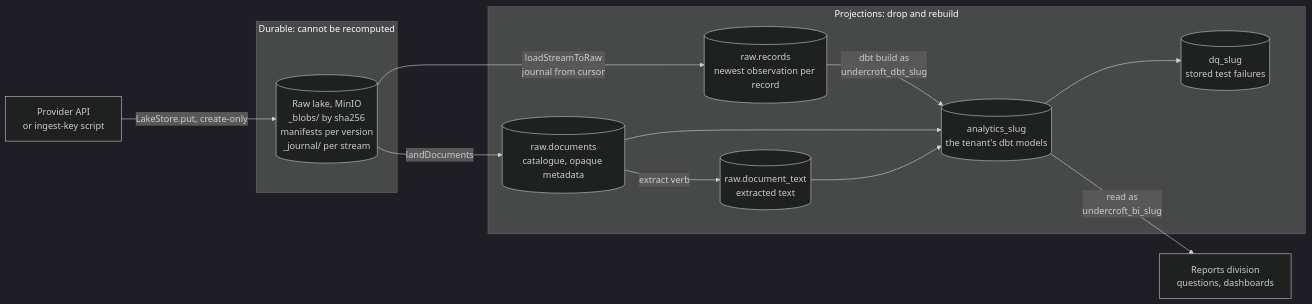
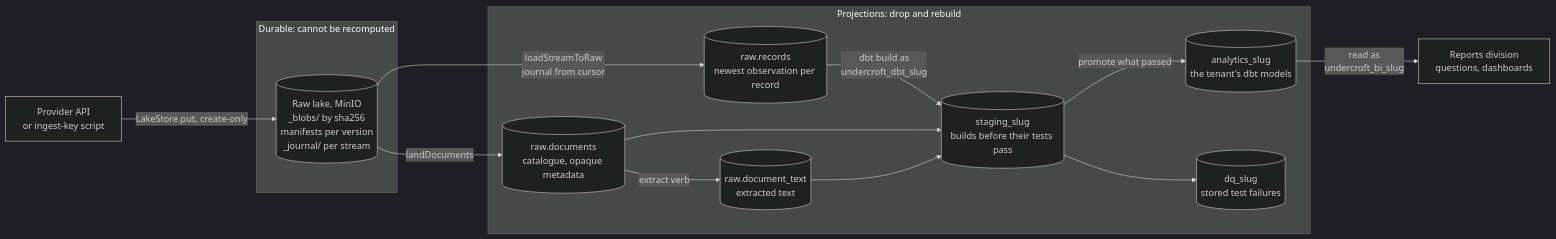
The first of 15 diagrams in docs/architecture.md (muitneliss/undercroft), drawn with Mermaid (dark theme) before and after one commit. The commit also changed other lines of this file and 51 other files, not shown here.

````diff
--- a/docs/architecture.md
+++ b/docs/architecture.md
@@ -33,25 +33,27 @@
 ```mermaid
 flowchart LR
     src["Provider API<br/>or ingest-key script"]
     subgraph durable["Durable: cannot be recomputed"]
         lake[("Raw lake, MinIO<br/>_blobs/ by sha256<br/>manifests per version<br/>_journal/ per stream")]
     end
     subgraph projection["Projections: drop and rebuild"]
         records[("raw.records<br/>newest observation per record")]
         docs[("raw.documents<br/>catalogue, opaque metadata")]
         text[("raw.document_text<br/>extracted text")]
         analytics[("analytics_slug<br/>the tenant's dbt models")]
         dq[("dq_slug<br/>stored test failures")]
+        staging[("staging_slug<br/>builds before their tests pass")]
     end
     reports["Reports division<br/>questions, dashboards"]
 
     src -->|"LakeStore.put, create-only"| lake
     lake -->|"loadStreamToRaw<br/>journal from cursor"| records
     lake -->|"landDocuments"| docs
     docs -->|"extract verb"| text
-    records -->|"dbt build as<br/>undercroft_dbt_slug"| analytics
-    docs --> analytics
-    text --> analytics
-    analytics --> dq
+    records -->|"dbt build as<br/>undercroft_dbt_slug"| staging
+    staging -->|"promote what passed"| analytics
+    docs --> staging
+    text --> staging
+    staging --> dq
     analytics -->|"read as<br/>undercroft_bi_slug"| reports
 ```
````
